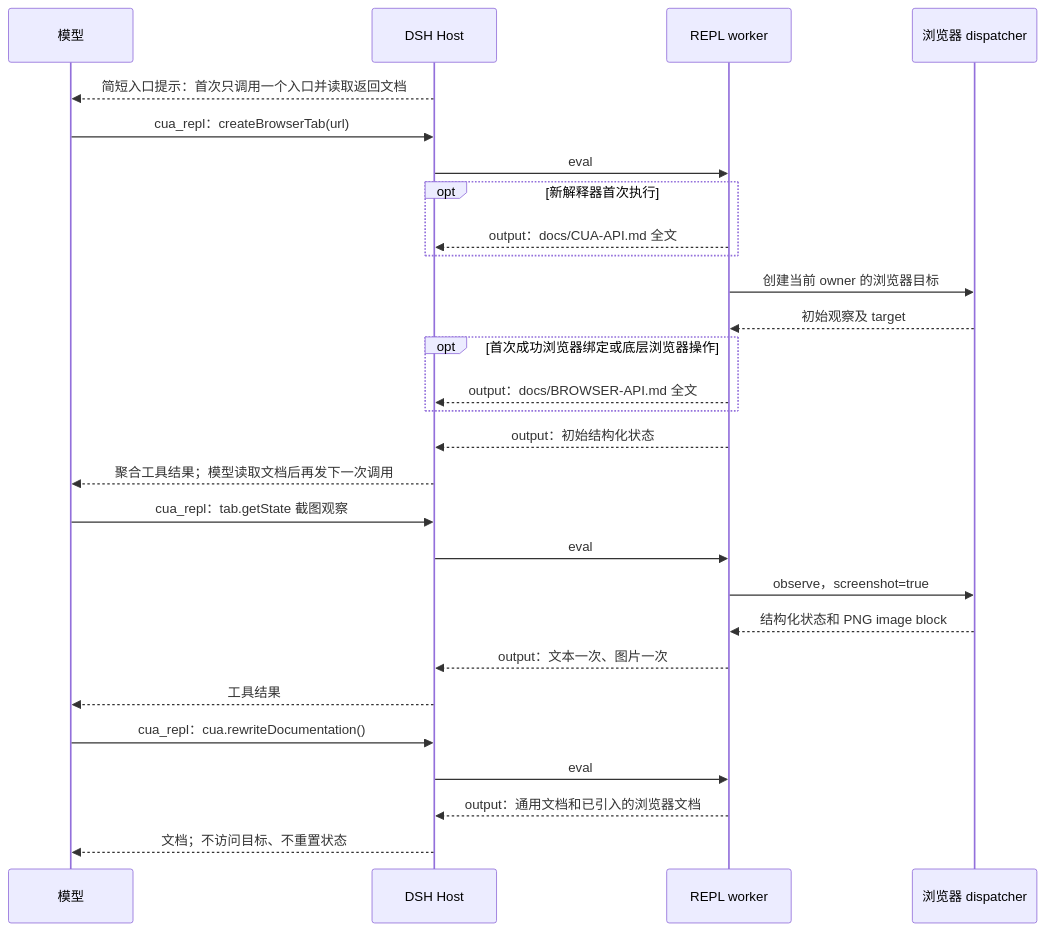
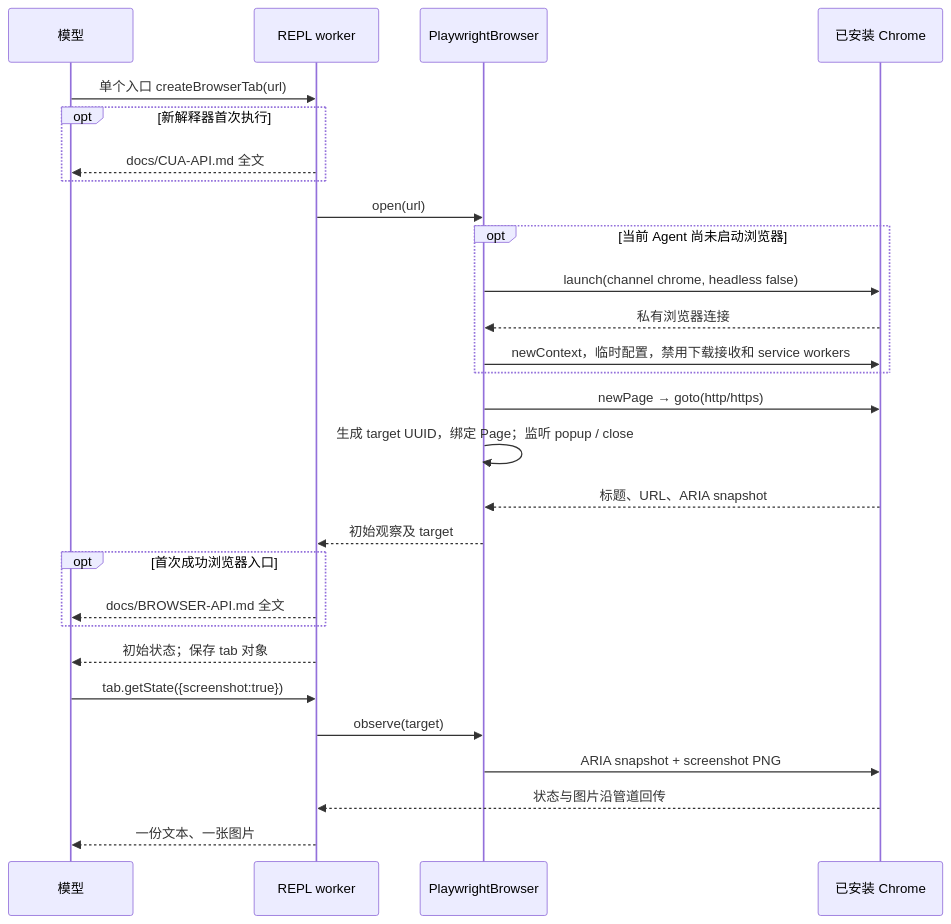
One commit to xiaoiver/dsh-unified-computer-use changed the third of 7 diagrams in docs/CALL-FLOWS.md. Above: the diagram before and after it, drawn with Mermaid. The commit also changed other lines of this file and 39 other files, not shown here.

Commit message:
feat: add real Playwright automation with installed Chrome

````diff
--- a/docs/CALL-FLOWS.md
+++ b/docs/CALL-FLOWS.md
@@ -83,30 +84,30 @@
 ```mermaid
 sequenceDiagram
   participant M as 模型
-  participant H as DSH Host
   participant W as REPL worker
-  participant B as 浏览器 dispatcher
-  H-->>M: 简短入口提示：首次只调用一个入口并读取返回文档
-  M->>H: cua_repl：createBrowserTab(url)
-  H->>W: eval
+  participant B as PlaywrightBrowser
+  participant C as 已安装 Chrome
+  M->>W: 单个入口 createBrowserTab(url)
   opt 新解释器首次执行
-    W-->>H: output：docs/CUA-API.md 全文
+    W-->>M: docs/CUA-API.md 全文
   end
-  W->>B: 创建当前 owner 的浏览器目标
+  W->>B: open(url)
+  opt 当前 Agent 尚未启动浏览器
+    B->>C: launch(channel chrome, headless false)
+    C-->>B: 私有浏览器连接
+    B->>C: newContext，临时配置，禁用下载接收和 service workers
+  end
+  B->>C: newPage → goto(http/https)
+  B->>B: 生成 target UUID，绑定 Page；监听 popup / close
+  C-->>B: 标题、URL、ARIA snapshot
   B-->>W: 初始观察及 target
-  opt 首次成功浏览器绑定或底层浏览器操作
-    W-->>H: output：docs/BROWSER-API.md 全文
+  opt 首次成功浏览器入口
+    W-->>M: docs/BROWSER-API.md 全文
   end
-  W-->>H: output：初始结构化状态
-  H-->>M: 聚合工具结果；模型读取文档后再发下一次调用
-  M->>H: cua_repl：tab.getState 截图观察
-  H->>W: eval
-  W->>B: observe，screenshot=true
-  B-->>W: 结构化状态和 PNG image block
-  W-->>H: output：文本一次、图片一次
-  H-->>M: 工具结果
-  M->>H: cua_repl：cua.rewriteDocumentation()
-  H->>W: eval
-  W-->>H: output：通用文档和已引入的浏览器文档
-  H-->>M: 文档；不访问目标、不重置状态
+  W-->>M: 初始状态；保存 tab 对象
+  M->>W: tab.getState({screenshot:true})
+  W->>B: observe(target)
+  B->>C: ARIA snapshot + screenshot PNG
+  C-->>W: 状态与图片沿管道回传
+  W-->>M: 一份文本、一张图片
 ```
````
